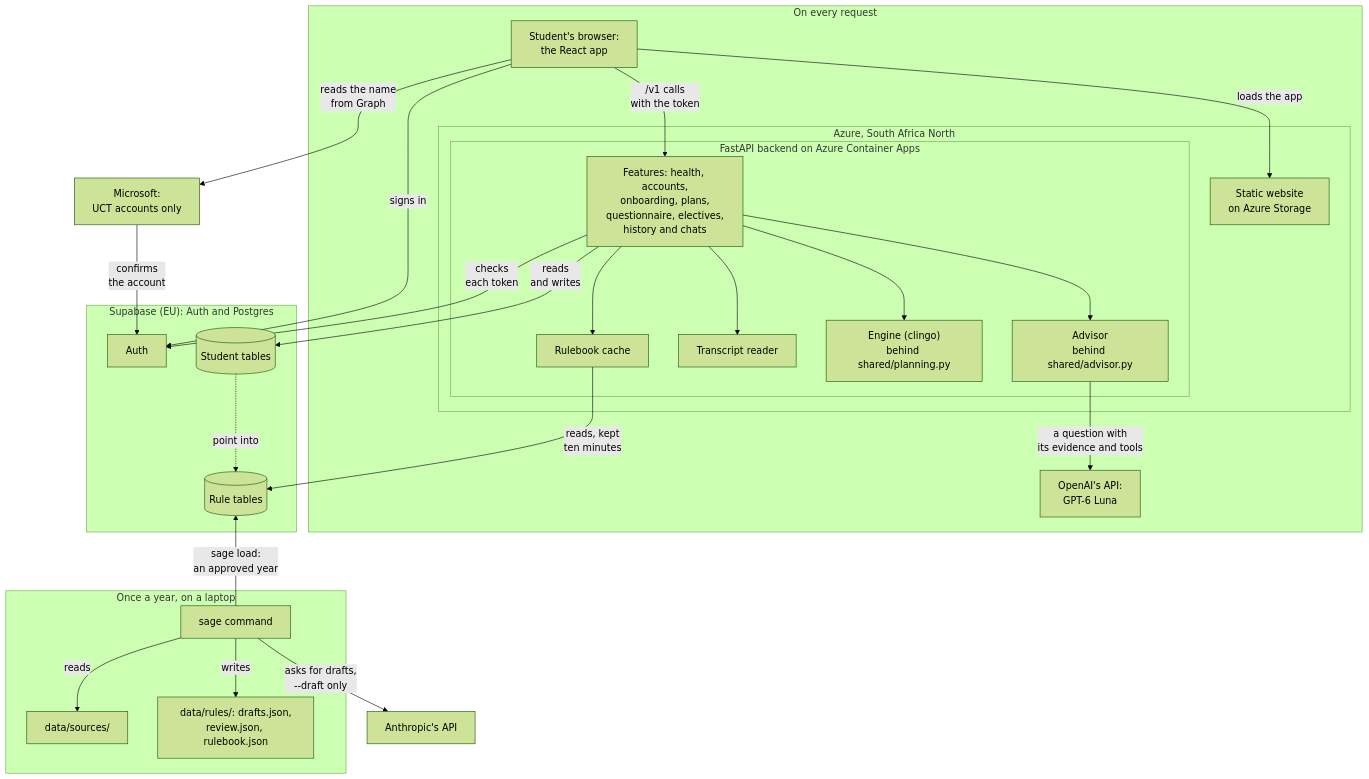
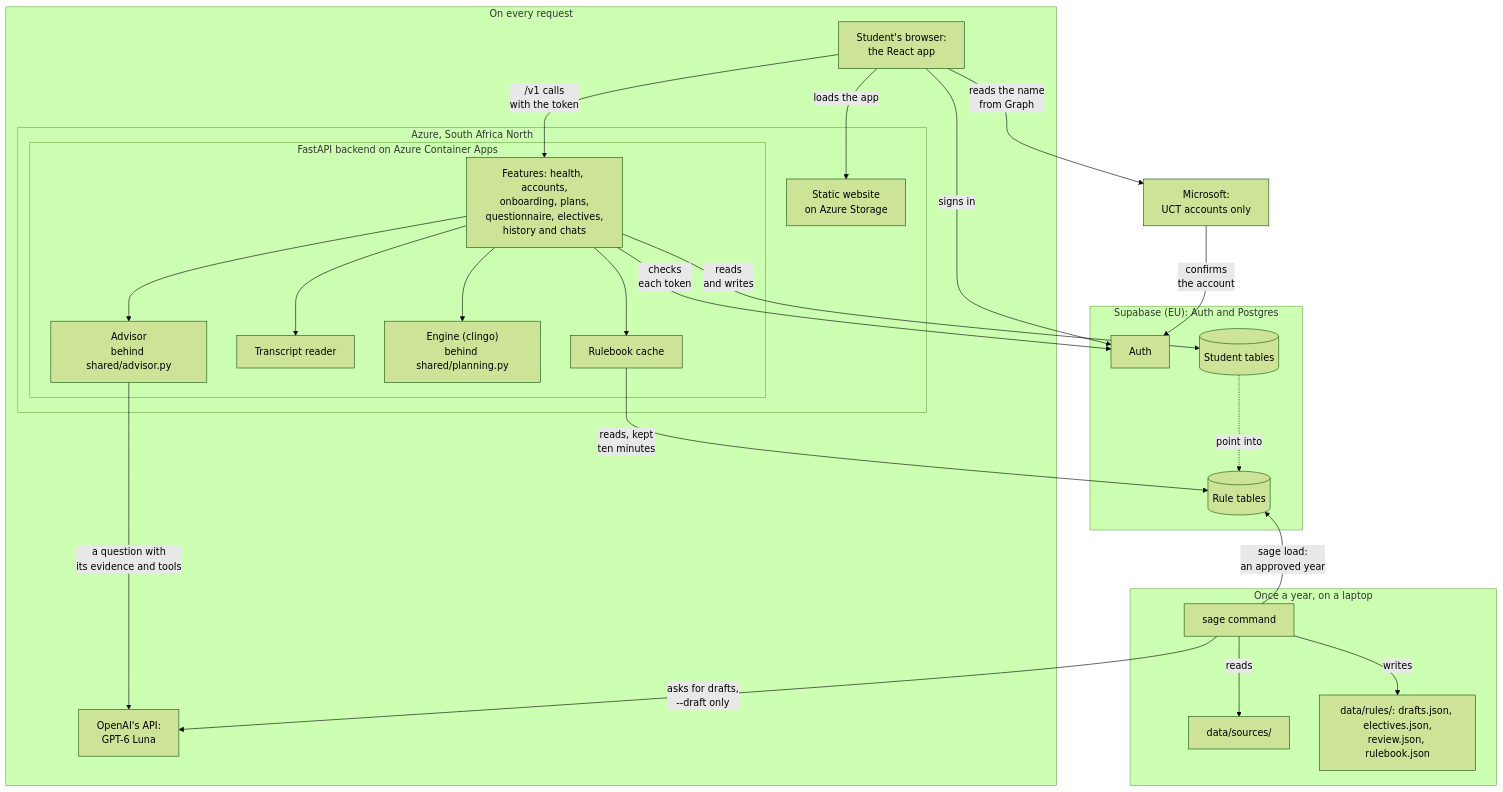
The first of 3 diagrams in docs/architecture.md (BumeMxenge/SAGE), drawn with Mermaid (forest theme) before and after one commit. The commit also changed other lines of this file and 3 other files, not shown here.

First line of the commit message:
Record the electives review and close its shortfalls

````diff
--- a/docs/architecture.md
+++ b/docs/architecture.md
@@ -30,47 +30,46 @@
 ```mermaid
 flowchart TB
     subgraph request["On every request"]
         browser["Student's browser:<br>the React app"]
         subgraph azure["Azure, South Africa North"]
             website["Static website<br>on Azure Storage"]
             subgraph backend["FastAPI backend on Azure Container Apps"]
                 features["Features: health, accounts,<br>onboarding, plans,<br>questionnaire, electives,<br>history and chats"]
                 rulebook["Rulebook cache"]
                 transcript["Transcript reader"]
                 engine["Engine (clingo)<br>behind shared/planning.py"]
                 advisor["Advisor<br>behind shared/advisor.py"]
             end
         end
         openai["OpenAI's API:<br>GPT-6 Luna"]
     end
     subgraph supabase["Supabase (EU): Auth and Postgres"]
         auth["Auth"]
         rules[("Rule tables")]
         students[("Student tables")]
     end
     subgraph laptop["Once a year, on a laptop"]
         sage["sage command"]
         sources["data/sources/"]
-        ruleFiles["data/rules/: drafts.json,<br>review.json, rulebook.json"]
+        ruleFiles["data/rules/: drafts.json, electives.json,<br>review.json, rulebook.json"]
     end
     microsoft["Microsoft:<br>UCT accounts only"]
-    anthropic["Anthropic's API"]
 
     browser -->|"loads the app"| website
     browser -->|"signs in"| auth
     browser -->|"reads the name<br>from Graph"| microsoft
     microsoft -->|"confirms<br>the account"| auth
     browser -->|"/v1 calls<br>with the token"| features
     features -->|"checks<br>each token"| auth
     features --> rulebook & transcript & engine & advisor
     advisor -->|"a question with<br>its evidence and tools"| openai
     rulebook -->|"reads, kept<br>ten minutes"| rules
     features -->|"reads<br>and writes"| students
     students -.->|"point into"| rules
     sage -->|"reads"| sources
-    sage -->|"asks for drafts,<br>--draft only"| anthropic
+    sage -->|"asks for drafts,<br>--draft only"| openai
     sage -->|"writes"| ruleFiles
     sage -->|"sage load:<br>an approved year"| rules
     %% Keeps the laptop lane under Supabase, where the two clocks meet
     rules ~~~ sage
 ```
````
